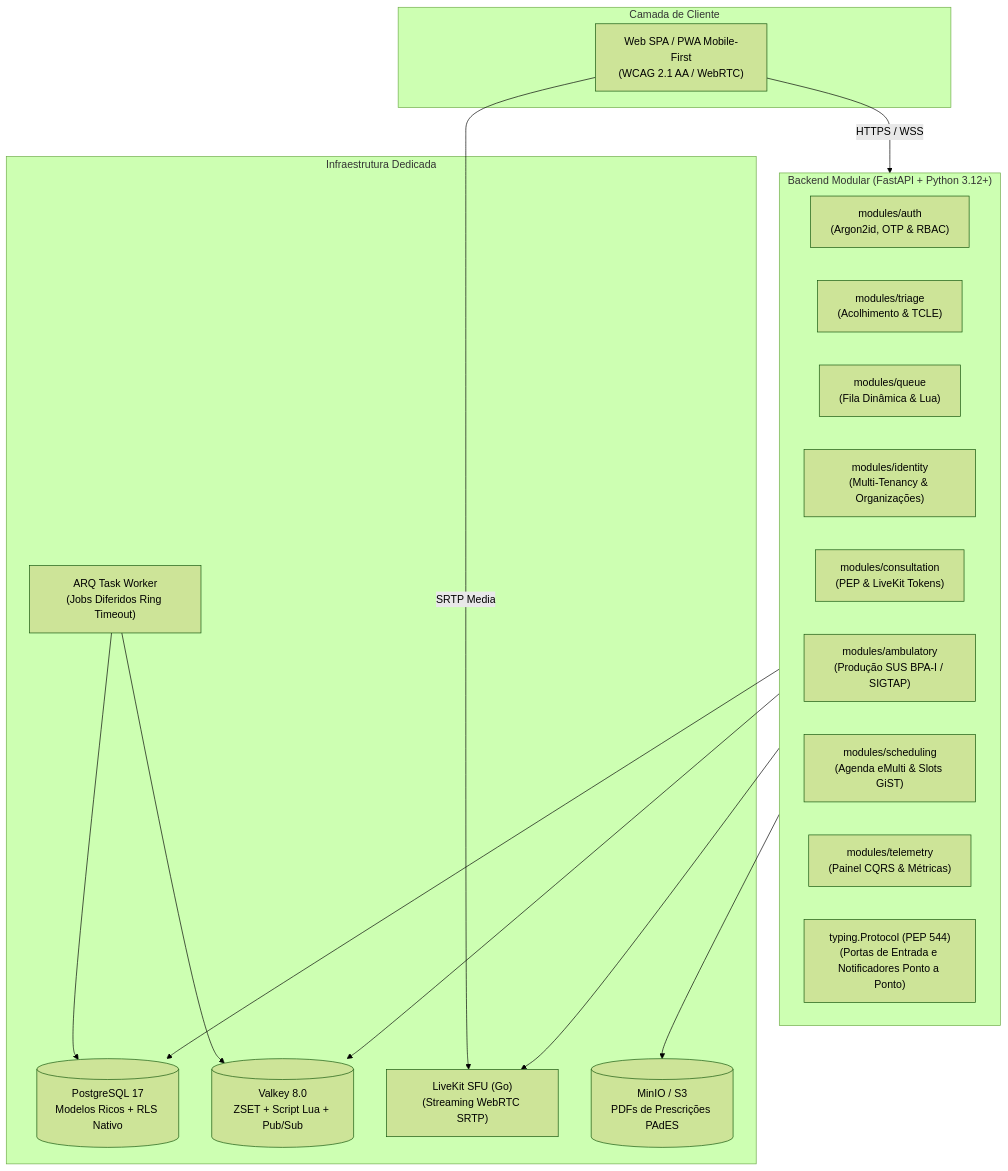
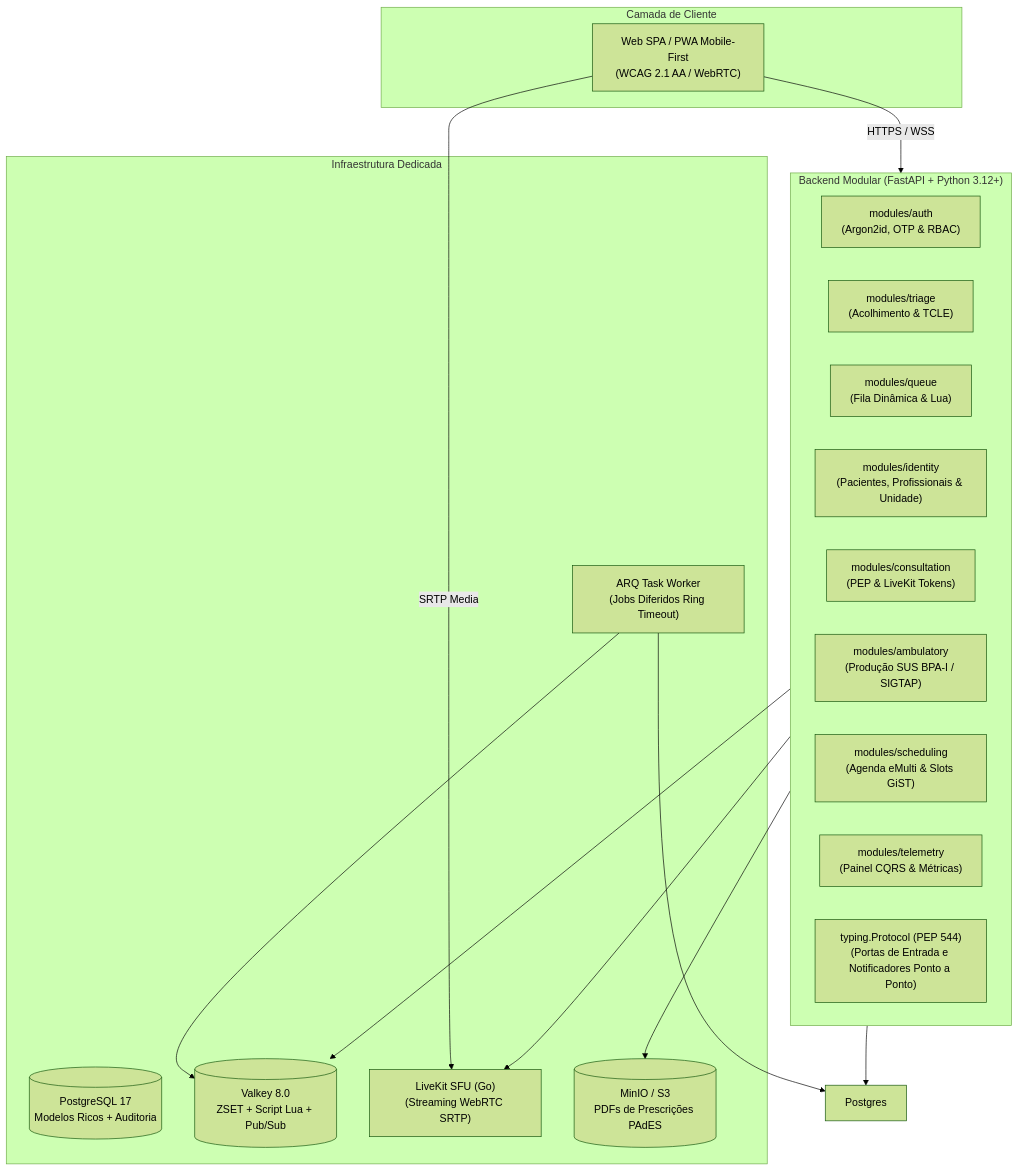
Before and after one commit to Rafaelp122/medisync: the second of 2 diagrams in README.md, drawn with Mermaid (forest theme). The commit also changed other lines of this file and 400 other files, not shown here.

First line of the commit message:
refactor!: simplificar arquitetura para plataforma única sem multi-tenancy e RLS

````diff
--- a/README.md
+++ b/README.md
@@ -48,38 +48,38 @@
 ```mermaid
 flowchart TD
     subgraph Clients["Camada de Cliente"]
         Web["Web SPA / PWA Mobile-First<br/>(WCAG 2.1 AA / WebRTC)"]
     end
 
     subgraph CoreBackend["Backend Modular (FastAPI + Python 3.12+)"]
         Auth["modules/auth<br/>(Argon2id, OTP & RBAC)"]
         Triage["modules/triage<br/>(Acolhimento & TCLE)"]
         Queue["modules/queue<br/>(Fila Dinâmica & Lua)"]
-        Identity["modules/identity<br/>(Multi-Tenancy & Organizações)"]
+        Identity["modules/identity<br/>(Pacientes, Profissionais & Unidade)"]
         Consultation["modules/consultation<br/>(PEP & LiveKit Tokens)"]
         Ambulatory["modules/ambulatory<br/>(Produção SUS BPA-I / SIGTAP)"]
         Scheduling["modules/scheduling<br/>(Agenda eMulti & Slots GiST)"]
         Telemetry["modules/telemetry<br/>(Painel CQRS & Métricas)"]
 
         Protocols["typing.Protocol (PEP 544)<br/>(Portas de Entrada e Notificadores Ponto a Ponto)"]
     end
 
     subgraph Infra["Infraestrutura Dedicada"]
-        Postgres[(PostgreSQL 17<br/>Modelos Ricos + RLS Nativo)]
+        DB[(PostgreSQL 17<br/>Modelos Ricos + Auditoria)]
         Valkey[(Valkey 8.0<br/>ZSET + Script Lua + Pub/Sub)]
         LiveKitSFU["LiveKit SFU (Go)<br/>(Streaming WebRTC SRTP)"]
         ARQWorker["ARQ Task Worker<br/>(Jobs Diferidos Ring Timeout)"]
         S3Storage[(MinIO / S3<br/>PDFs de Prescrições PAdES)]
     end
 
     Web -->|HTTPS / WSS| CoreBackend
     Web -->|SRTP Media| LiveKitSFU
 
     CoreBackend --> Postgres
     CoreBackend --> Valkey
     CoreBackend --> LiveKitSFU
     CoreBackend --> S3Storage
 
     ARQWorker --> Valkey
     ARQWorker --> Postgres
 ```
````
